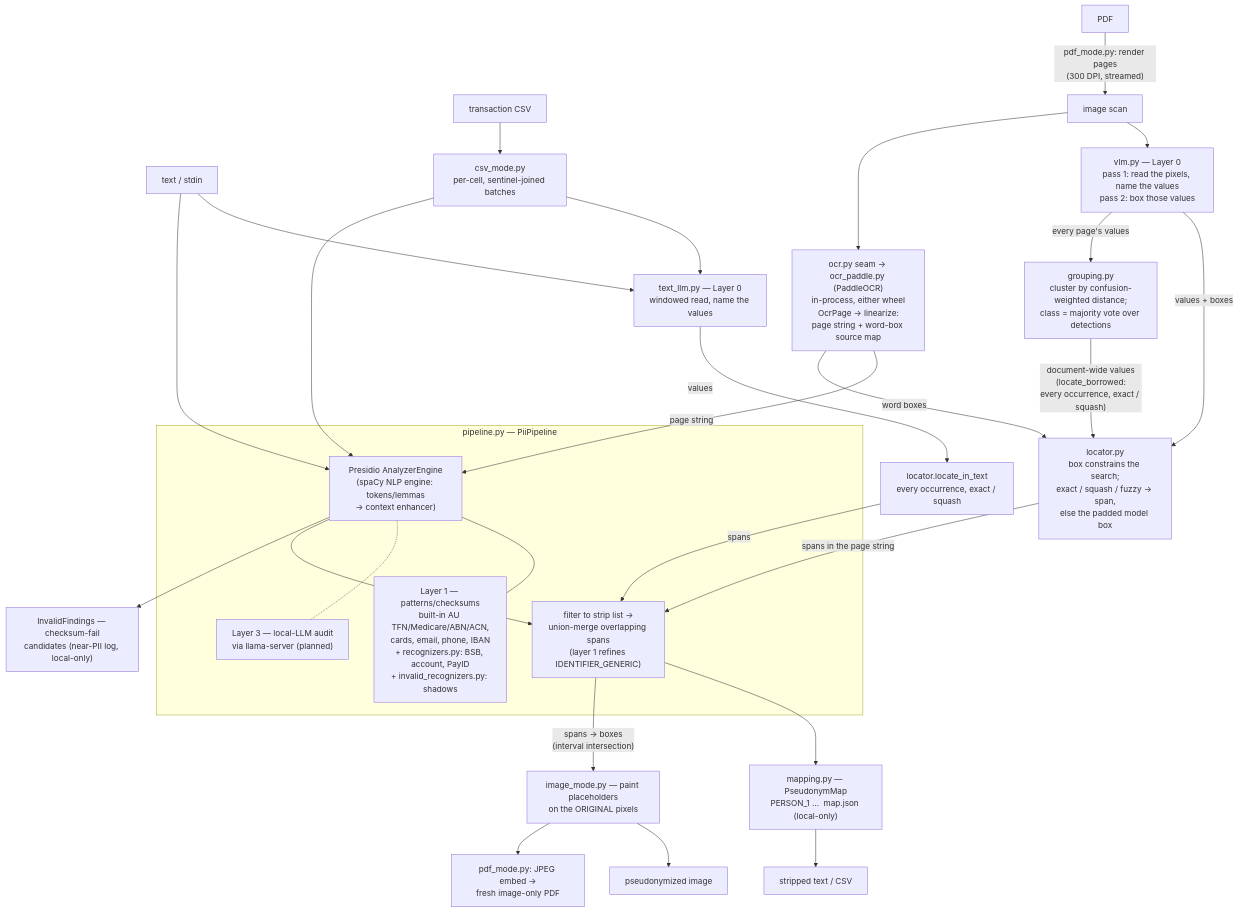
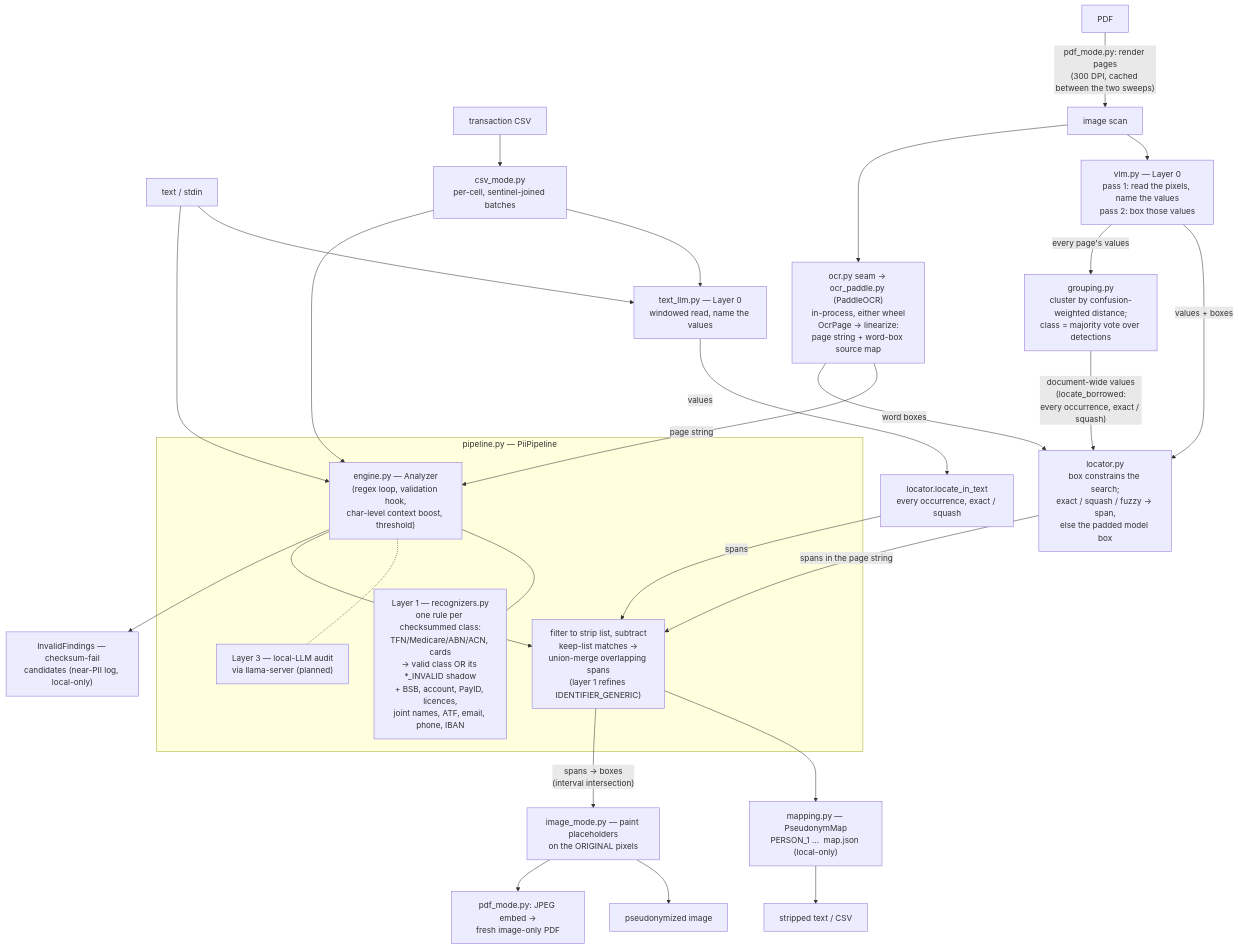
Before and after one commit to skoulik/BrokerAI: the diagram in pii/core/ARCHITECTURE.md, drawn with Mermaid. The commit also changed other lines of this file and 4 other files, not shown here.

````diff
--- a/pii/core/ARCHITECTURE.md
+++ b/pii/core/ARCHITECTURE.md
@@ -65,42 +67,42 @@
 ```mermaid
 flowchart TB
     TXT["text / stdin"]
     CSV["transaction CSV"]
     IMG["image scan"]
     PDF["PDF"]
 
-    PDF -- "pdf_mode.py: render pages<br>(300 DPI, streamed)" --> IMG
+    PDF -- "pdf_mode.py: render pages<br>(300 DPI, cached between the two sweeps)" --> IMG
     IMG --> VLM["vlm.py — Layer 0<br>pass 1: read the pixels, name the values<br>pass 2: box those values"]
     IMG --> OCRPY["ocr.py seam → ocr_paddle.py (PaddleOCR)<br>in-process, either wheel<br>OcrPage → linearize:<br>page string + word-box source map"]
     CSV --> CSVM["csv_mode.py<br>per-cell, sentinel-joined batches"]
 
     TXT --> TLLM["text_llm.py — Layer 0<br>windowed read, name the values"]
     CSVM --> TLLM
     TLLM -- "values" --> TLOC["locator.locate_in_text<br>every occurrence, exact / squash"]
     TLOC -- "spans" --> MRG
     TXT --> AE
     CSVM --> AE
     OCRPY -- "page string" --> AE
     VLM -- "values + boxes" --> LOC["locator.py<br>box constrains the search;<br>exact / squash / fuzzy → span,<br>else the padded model box"]
     VLM -- "every page's values" --> GRP["grouping.py<br>cluster by confusion-weighted distance;<br>class = majority vote over detections"]
     GRP -- "document-wide values<br>(locate_borrowed:<br>every occurrence, exact / squash)" --> LOC
     OCRPY -- "word boxes" --> LOC
     LOC -- "spans in the page string" --> MRG
 
     subgraph PIPE["pipeline.py — PiiPipeline"]
-        AE["Presidio AnalyzerEngine<br>(spaCy NLP engine: tokens/lemmas<br>→ context enhancer)"]
-        L1["Layer 1 — patterns/checksums<br>built-in AU TFN/Medicare/ABN/ACN,<br>cards, email, phone, IBAN<br>+ recognizers.py: BSB, account, PayID<br>+ invalid_recognizers.py: shadows"]
+        AE["engine.py — Analyzer<br>(regex loop, validation hook,<br>char-level context boost, threshold)"]
+        L1["Layer 1 — recognizers.py<br>one rule per checksummed class:<br>TFN/Medicare/ABN/ACN, cards<br>→ valid class OR its *_INVALID shadow<br>+ BSB, account, PayID, licences,<br>joint names, ATF, email, phone, IBAN"]
         L3["Layer 3 — local-LLM audit<br>via llama-server (planned)"]
-        MRG["filter to strip list →<br>union-merge overlapping spans<br>(layer 1 refines IDENTIFIER_GENERIC)"]
+        MRG["filter to strip list, subtract<br>keep-list matches →<br>union-merge overlapping spans<br>(layer 1 refines IDENTIFIER_GENERIC)"]
         AE --- L1
         AE -.- L3
         AE --> MRG
     end
 
     MRG --> PM["mapping.py — PseudonymMap<br>PERSON_1 …  map.json (local-only)"]
     AE --> INV["InvalidFindings — checksum-fail<br>candidates (near-PII log, local-only)"]
     PM --> OUT1["stripped text / CSV"]
     MRG -- "spans → boxes<br>(interval intersection)" --> PAINT["image_mode.py — paint placeholders<br>on the ORIGINAL pixels"]
     PAINT --> OUT2["pseudonymized image"]
     PAINT --> OUT3["pdf_mode.py: JPEG embed →<br>fresh image-only PDF"]
 ```
````
